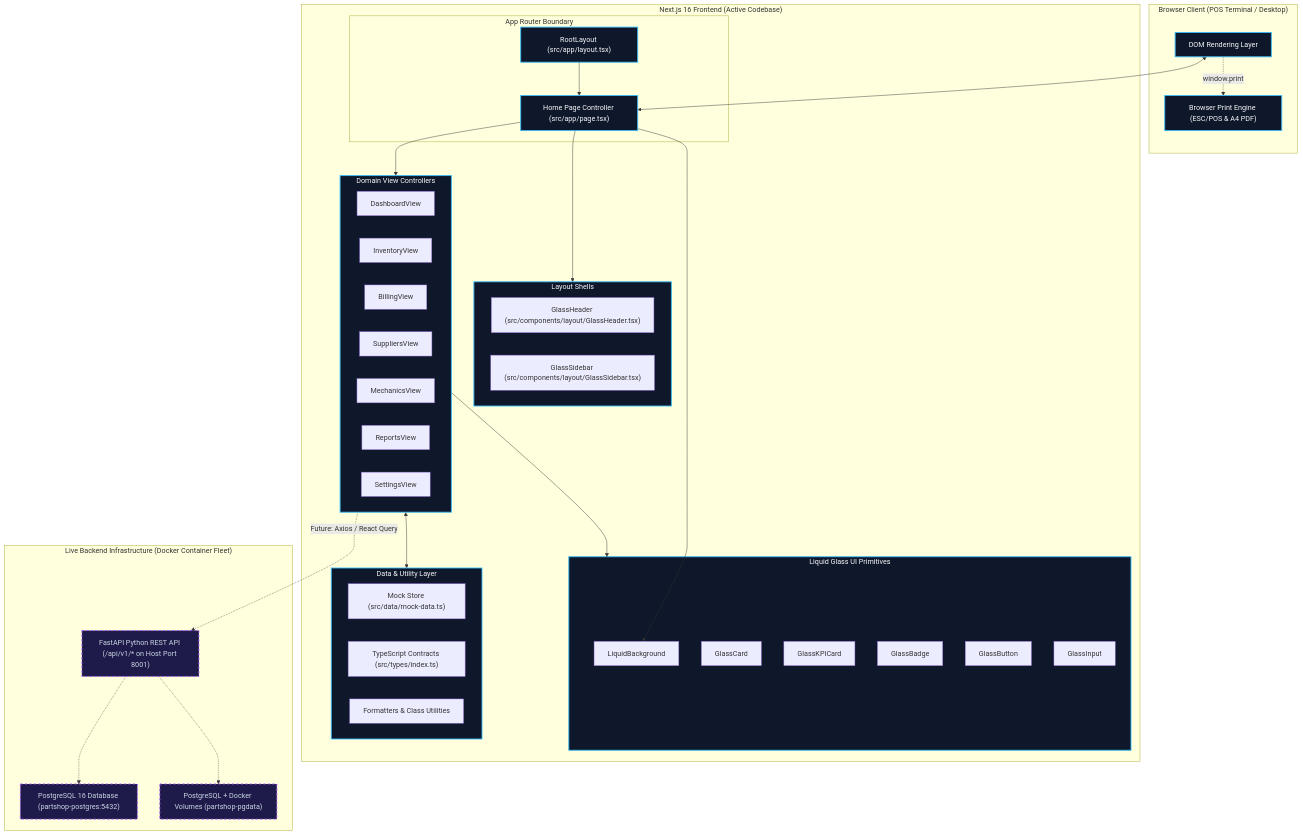
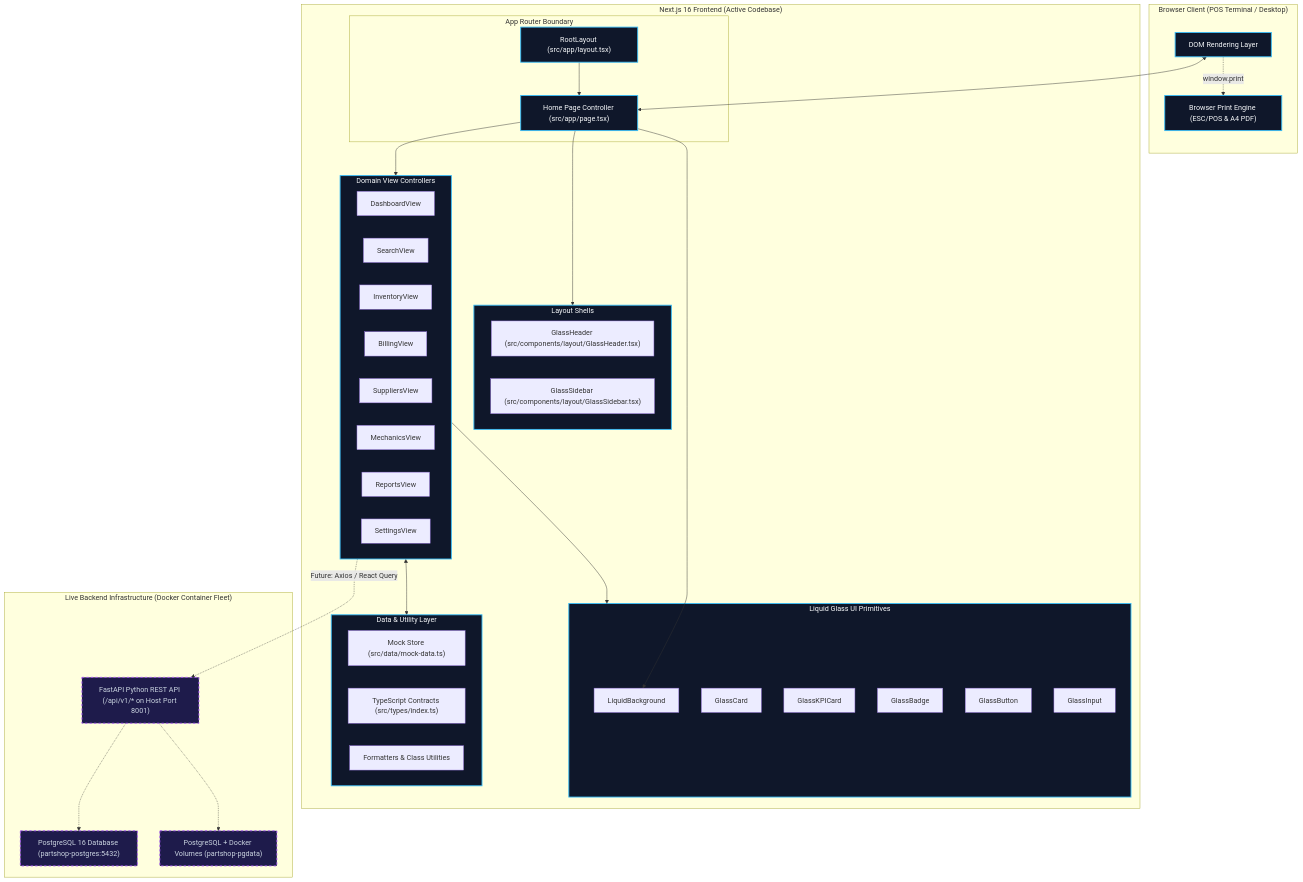
The first of 6 diagrams in docs/ui-architecture.md (biswajit-rout/PartShop), drawn with Mermaid before and after one commit. The commit also changed other lines of this file and 33 other files, not shown here.

````diff
--- a/docs/ui-architecture.md
+++ b/docs/ui-architecture.md
@@ -52,69 +52,70 @@
 ```mermaid
 flowchart TD
     subgraph BrowserClient["Browser Client (POS Terminal / Desktop)"]
         DOM["DOM Rendering Layer"]
         PrintEngine["Browser Print Engine (ESC/POS & A4 PDF)"]
     end
 
     subgraph FrontendApp["Next.js 16 Frontend (Active Codebase)"]
         subgraph AppRouter["App Router Boundary"]
             RootLayout["RootLayout (src/app/layout.tsx)"]
             RootPage["Home Page Controller (src/app/page.tsx)"]
         end
 
         subgraph ShellLayout["Layout Shells"]
             GlassHeader["GlassHeader (src/components/layout/GlassHeader.tsx)"]
             GlassSidebar["GlassSidebar (src/components/layout/GlassSidebar.tsx)"]
         end
 
         subgraph ViewControllers["Domain View Controllers"]
             DV["DashboardView"]
+            SCV["SearchView"]
             IV["InventoryView"]
             BV["BillingView"]
             SV["SuppliersView"]
             MV["MechanicsView"]
             RV["ReportsView"]
             STV["SettingsView"]
         end
 
         subgraph GlassPrimitives["Liquid Glass UI Primitives"]
             LB["LiquidBackground"]
             GC["GlassCard"]
             GKPI["GlassKPICard"]
             GB["GlassBadge"]
             GBT["GlassButton"]
             GI["GlassInput"]
         end
 
         subgraph MockDataLayer["Data & Utility Layer"]
             MockData["Mock Store (src/data/mock-data.ts)"]
             Types["TypeScript Contracts (src/types/index.ts)"]
             Utils["Formatters & Class Utilities"]
         end
     end
 
     subgraph LiveBackend["Live Backend Infrastructure (Docker Container Fleet)"]
         FastAPI["FastAPI Python REST API (/api/v1/* on Host Port 8001)"]
         PostgreSQL["PostgreSQL 16 Database (partshop-postgres:5432)"]
         StorageEngine["PostgreSQL + Docker Volumes (partshop-pgdata)"]
     end
 
     DOM <--> RootPage
     DOM -.->|window.print| PrintEngine
     RootLayout --> RootPage
     RootPage --> ShellLayout
     RootPage --> ViewControllers
     RootPage --> LB
     ViewControllers --> GlassPrimitives
     ViewControllers <--> MockDataLayer
     
     %% Planned Integration Points
     ViewControllers -.->|Future: Axios / React Query| FastAPI
     FastAPI -.-> PostgreSQL
     FastAPI -.-> StorageEngine
 
     classDef implemented fill:#0f172a,stroke:#38bdf8,stroke-width:2px,color:#f8fafc;
     classDef planned fill:#1e1b4b,stroke:#a855f7,stroke-dasharray: 5 5,stroke-width:2px,color:#cbd5e1;
     class RootLayout,RootPage,ShellLayout,ViewControllers,GlassPrimitives,MockDataLayer,DOM,PrintEngine implemented;
     class PlannedBackend,FastAPI,PostgreSQL,StorageEngine planned;
 ```
````
